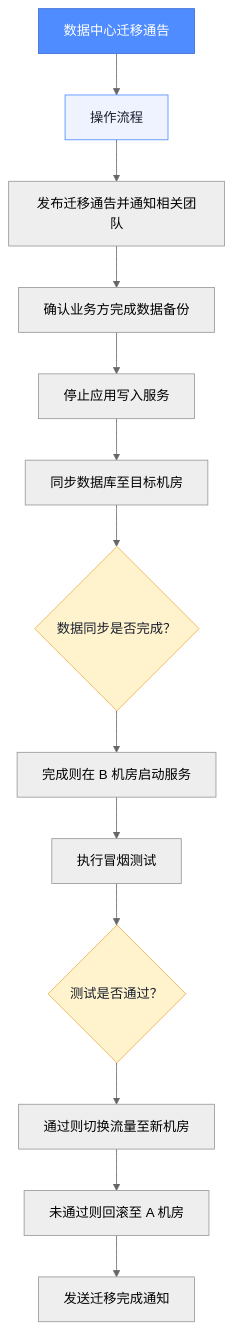
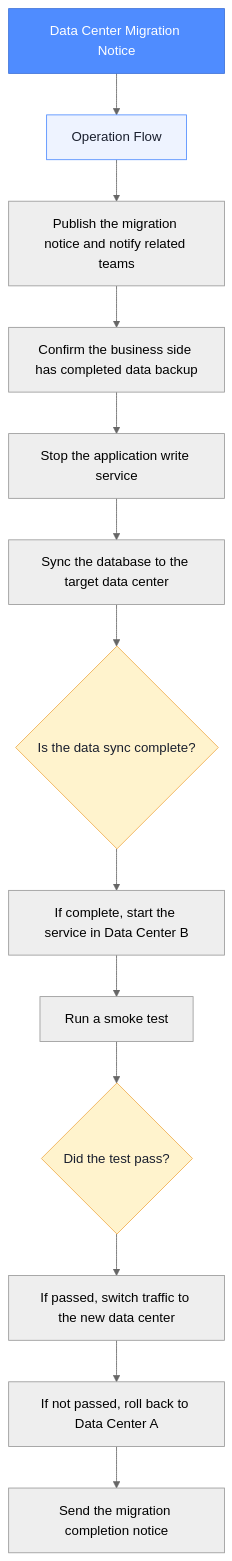
One commit to yuzhouhuaishaonian/md-flow changed the diagram in examples/sample-flowchart.md. Above: the diagram before and after it, drawn with Mermaid (neutral theme). The commit also changed other lines of this file and 14 other files, not shown here.

````diff
--- a/examples/sample-flowchart.md
+++ b/examples/sample-flowchart.md
@@ -22,35 +22,35 @@
 ```mermaid
 flowchart TD
-    n0["数据中心迁移通告"]
+    n0["Data Center Migration Notice"]
     class n0 titleNode
-    n1["操作流程"]
+    n1["Operation Flow"]
     class n1 sectionNode
     n0 --> n1
-    n2["发布迁移通告并通知相关团队"]
+    n2["Publish the migration notice and notify related teams"]
     n1 --> n2
-    n3["确认业务方完成数据备份"]
+    n3["Confirm the business side has completed data backup"]
     n2 --> n3
-    n4["停止应用写入服务"]
+    n4["Stop the application write service"]
     n3 --> n4
-    n5["同步数据库至目标机房"]
+    n5["Sync the database to the target data center"]
     n4 --> n5
-    n6{"数据同步是否完成？"}
+    n6{"Is the data sync complete?"}
     class n6 decisionNode
     n5 --> n6
-    n7["完成则在 B 机房启动服务"]
+    n7["If complete, start the service in Data Center B"]
     n6 --> n7
-    n8["执行冒烟测试"]
+    n8["Run a smoke test"]
     n7 --> n8
-    n9{"测试是否通过？"}
+    n9{"Did the test pass?"}
     class n9 decisionNode
     n8 --> n9
-    n10["通过则切换流量至新机房"]
+    n10["If passed, switch traffic to the new data center"]
     n9 --> n10
-    n11["未通过则回滚至 A 机房"]
+    n11["If not passed, roll back to Data Center A"]
     n10 --> n11
-    n12["发送迁移完成通知"]
+    n12["Send the migration completion notice"]
     n11 --> n12
     classDef titleNode fill:#4f8cff,color:#fff,stroke:#3a6fd8
     classDef sectionNode fill:#eef3ff,color:#1a1f2e,stroke:#4f8cff
     classDef decisionNode fill:#fff3cd,color:#1a1f2e,stroke:#f0ad4e
 ```
````
